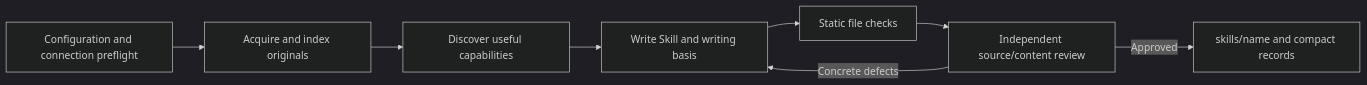
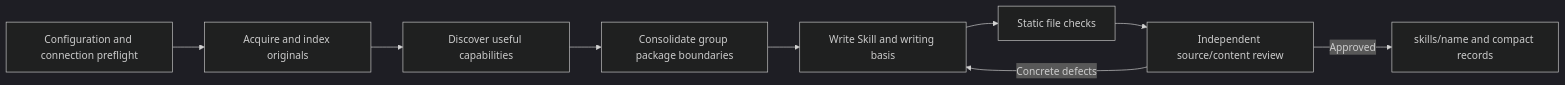
One commit to Aneskw/chem-agent-toolkit changed the diagram in README.md. Above: the diagram before and after it, drawn with Mermaid (dark theme). The commit also changed other lines of this file and 33 other files, not shown here.

````diff
--- a/README.md
+++ b/README.md
@@ -50,10 +50,11 @@
 ```mermaid
 flowchart LR
   A[Configuration and connection preflight] --> B[Acquire and index originals]
   B --> C[Discover useful capabilities]
-  C --> D[Write Skill and writing basis]
+  C --> H[Consolidate group package boundaries]
+  H --> D[Write Skill and writing basis]
   D --> E[Static file checks]
   E --> F[Independent source/content review]
   F -->|Concrete defects| D
   F -->|Approved| G[skills/name and compact records]
 ```
````
